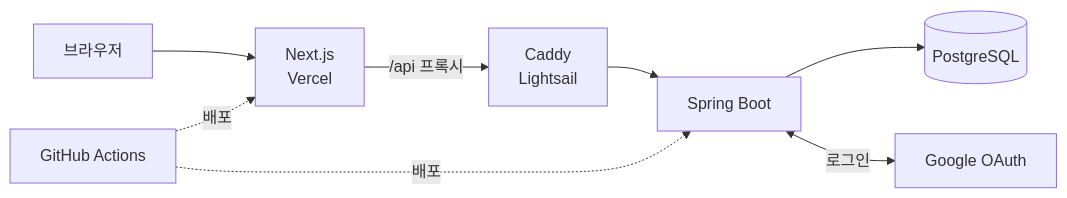
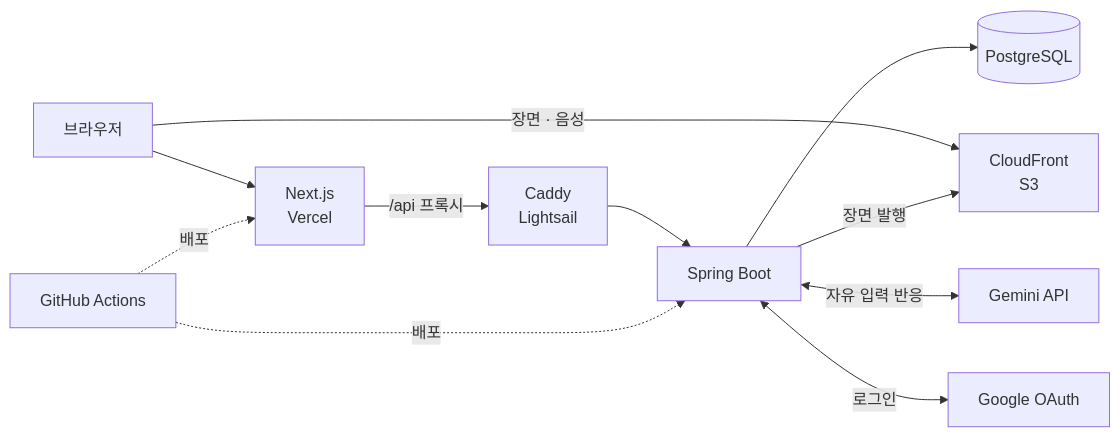
One commit to njm1250/nuanci changed the diagram in README.md. Above: the diagram before and after it, drawn with Mermaid. The commit also changed other lines of this file and 5 other files, not shown here.

````diff
--- a/README.md
+++ b/README.md
@@ -63,10 +72,13 @@
 ```mermaid
 flowchart LR
   user["브라우저"] --> web["Next.js<br>Vercel"]
+  user -->|장면 · 음성| cdn["CloudFront<br>S3"]
   web -->|"/api 프록시"| caddy["Caddy<br>Lightsail"]
   caddy --> api["Spring Boot"]
   api --> db[("PostgreSQL")]
+  api -->|장면 발행| cdn
+  api <-->|자유 입력 반응| gemini["Gemini API"]
   api <-->|로그인| google["Google OAuth"]
   gha["GitHub Actions"] -.->|배포| web
   gha -.->|배포| api
 ```
````
